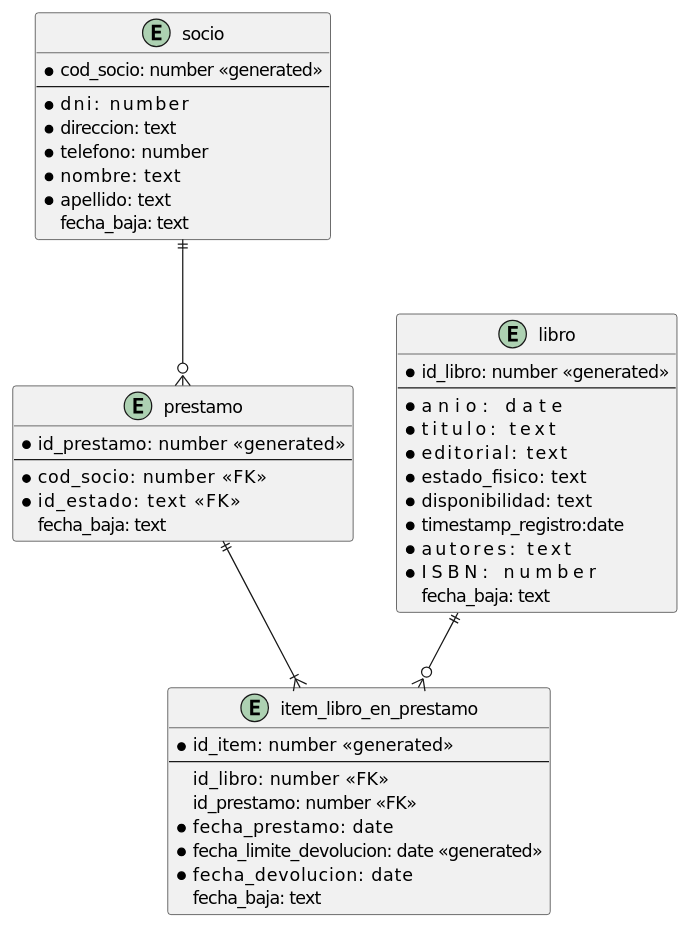
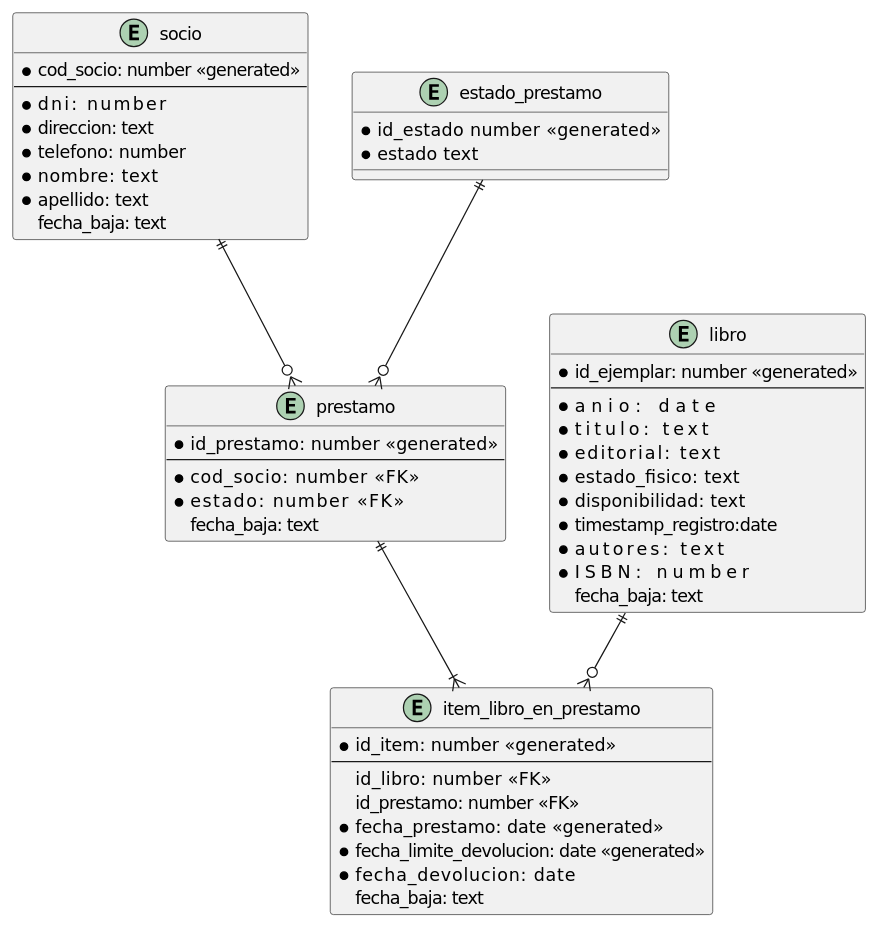
One commit to DiegoGit35/BaseDeDatos changed the diagram in 1-Biblioteca/biblioteca.pu. Above: the diagram before and after it, drawn with PlantUML. The commit also changed 31 other files, not shown here.

```diff
--- a/1-Biblioteca/biblioteca.pu
+++ b/1-Biblioteca/biblioteca.pu
@@ -1,50 +1,56 @@
 @startuml
   entity socio{
     *cod_socio: number «generated»
     --
     *dni:       number
     *direccion: text
     *telefono:  number
     *nombre:    text
     *apellido:  text
     fecha_baja: text
   }
 
   entity libro{
-    *id_libro:  number «generated»
+    *id_ejemplar:  number «generated»
     --
     *anio:              date
     *titulo:            text
     *editorial:         text
     *estado_fisico:     text
     *disponibilidad:    text
     *timestamp_registro:date
     *autores:           text
     *ISBN:              number
     fecha_baja: text
   }
 
   entity item_libro_en_prestamo {
     *id_item:    number  «generated»
     --
     id_libro:    number  «FK»
     id_prestamo: number  «FK»
-    *fecha_prestamo:      date
+    *fecha_prestamo:      date «generated»
     *fecha_limite_devolucion: date «generated»
     *fecha_devolucion:        date
     fecha_baja: text
   }
 
   entity prestamo{
     *id_prestamo:     number  «generated»
     --
     *cod_socio:       number  «FK»
-    *id_estado: text          «FK»
+    *estado: number          «FK»
     fecha_baja: text
+  }
+  
+  entity estado_prestamo{
+    *id_estado      number  «generated»
+    *estado   text
   }
 
 libro     ||--o{    item_libro_en_prestamo
 prestamo  ||--|{    item_libro_en_prestamo
 socio     ||--o{    prestamo
+estado_prestamo ||--o{ prestamo
 
 @enduml
```
